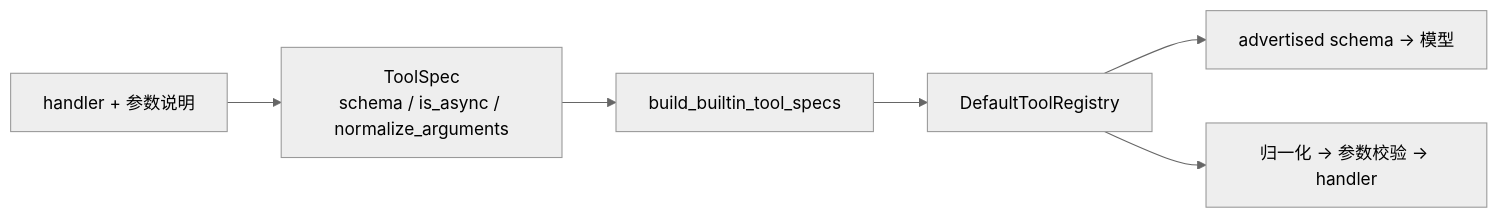
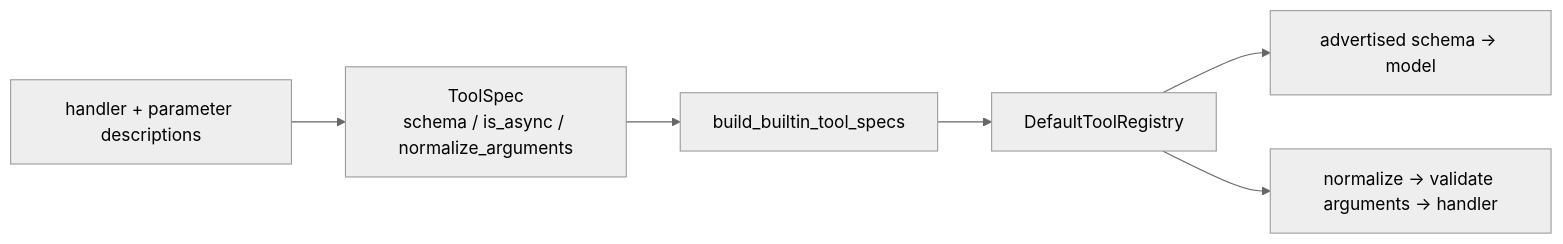
One commit to Azzurroooo/rind changed the diagram in docs/internals/04-tools/tool-registry.md. Above: the diagram before and after it, drawn with Mermaid (neutral theme). The commit also changed other lines of this file and 109 other files, not shown here.

```diff
--- a/docs/internals/04-tools/tool-registry.md
+++ b/docs/internals/04-tools/tool-registry.md
@@ -5,8 +7,8 @@
 ~~~mermaid
 flowchart LR
-    F["handler + 参数说明"] --> S["ToolSpec<br/>schema / is_async / normalize_arguments"]
+    F["handler + parameter descriptions"] --> S["ToolSpec<br/>schema / is_async / normalize_arguments"]
     S --> C["build_builtin_tool_specs"]
     C --> R["DefaultToolRegistry"]
-    R --> M["advertised schema → 模型"]
-    R --> V["归一化 → 参数校验 → handler"]
+    R --> M["advertised schema → model"]
+    R --> V["normalize → validate arguments → handler"]
 ~~~
```
